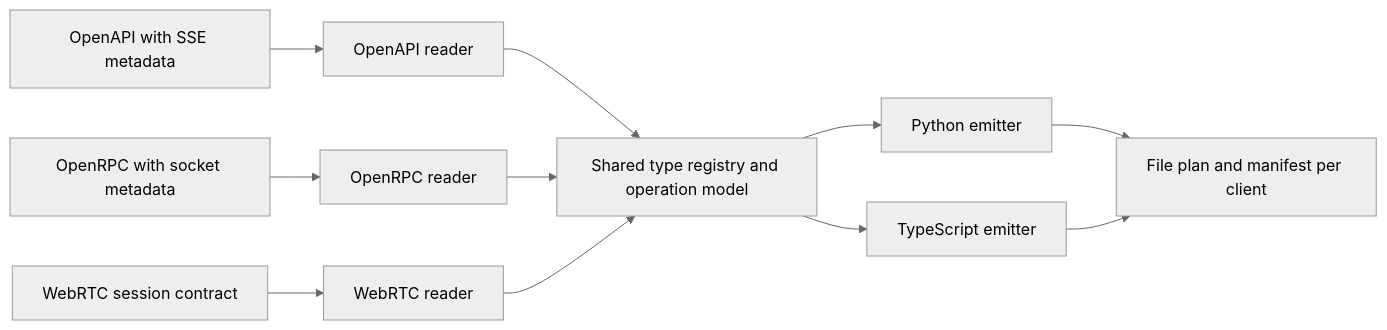
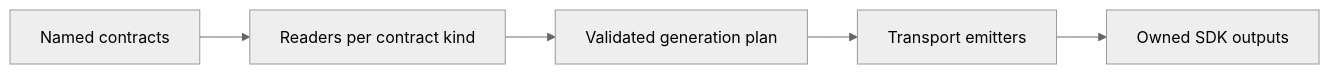
The diagram in docs/unified-canon-concept.md (mathisarends/canon), drawn with Mermaid (neutral theme) before and after one commit. The commit also changed other lines of this file and 465 other files, not shown here.

````diff
--- a/docs/unified-canon-concept.md
+++ b/docs/unified-canon-concept.md
@@ -176,13 +176,7 @@
 ```mermaid
 flowchart LR
-    A[OpenAPI with SSE metadata] --> D[OpenAPI reader]
-    B[OpenRPC with socket metadata] --> E[OpenRPC reader]
-    C[WebRTC session contract] --> F[WebRTC reader]
-    D --> G[Shared type registry and operation model]
-    E --> G
-    F --> G
-    G --> H[Python emitter]
-    G --> I[TypeScript emitter]
-    H --> J[File plan and manifest per client]
-    I --> J
+    A[Named contracts] --> B[Readers per contract kind]
+    B --> C[Validated generation plan]
+    C --> D[Transport emitters]
+    D --> E[Owned SDK outputs]
 ```
````
